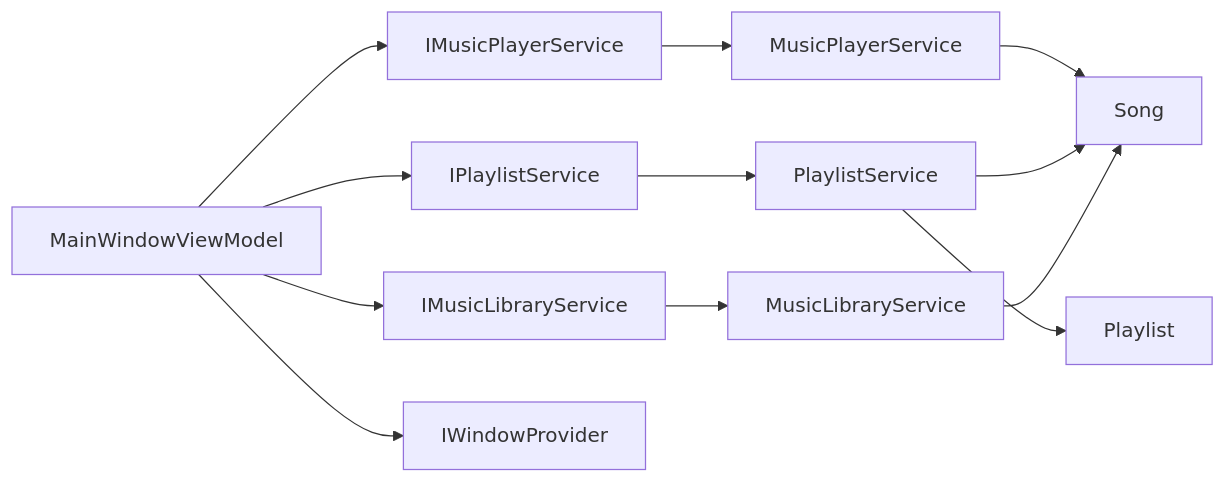
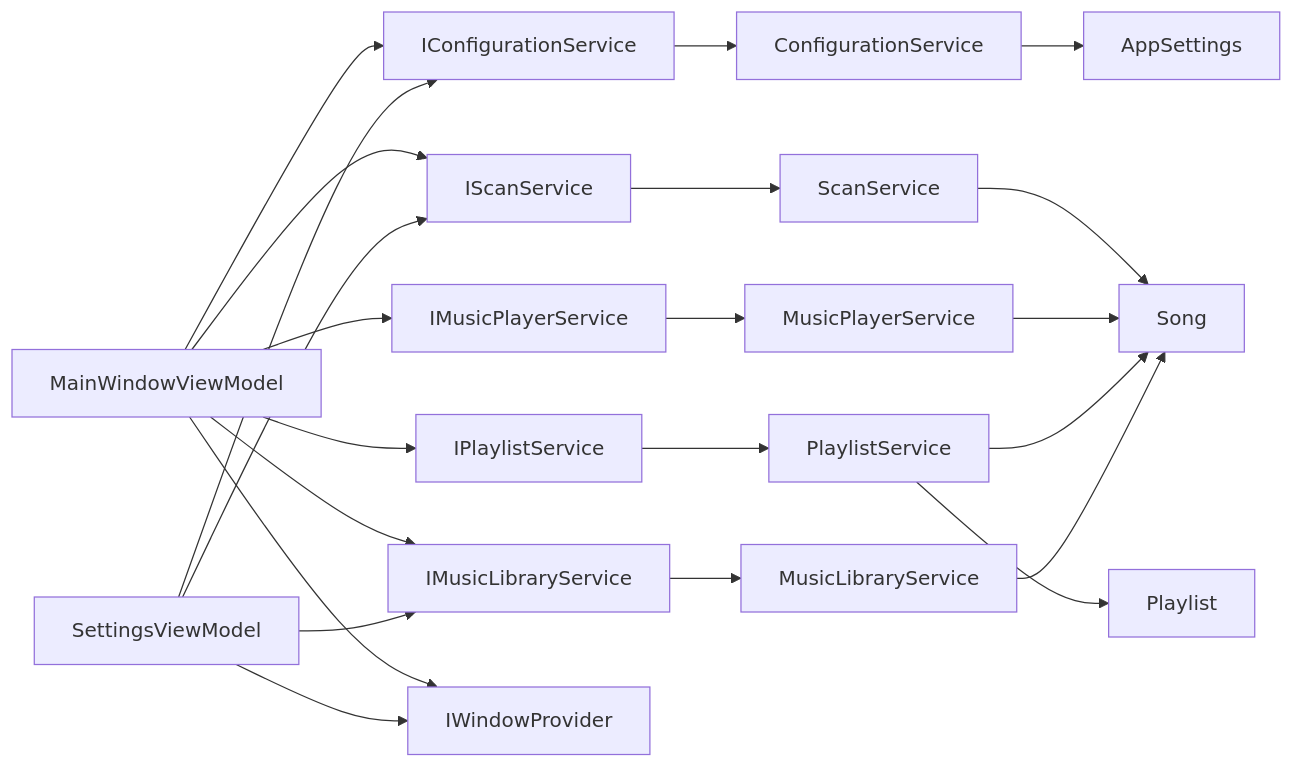
The sixth of 6 diagrams in .qoder/repowiki/zh/content/架构设计/架构设计.md (mariamjensen42-glitch/LocalMusicPlayer), drawn with Mermaid before and after one commit. The commit also changed other lines of this file and 14 other files, not shown here.

````diff
--- a/.qoder/repowiki/zh/content/架构设计/架构设计.md
+++ b/.qoder/repowiki/zh/content/架构设计/架构设计.md
@@ -355,14 +449,24 @@
 ```mermaid
 graph LR
-VM["MainWindowViewModel"] --> IF_Player["IMusicPlayerService"]
-VM --> IF_Playlist["IPlaylistService"]
-VM --> IF_Library["IMusicLibraryService"]
-VM --> IF_Window["IWindowProvider"]
+VM_Main["MainWindowViewModel"] --> IF_Config["IConfigurationService"]
+VM_Main --> IF_Scan["IScanService"]
+VM_Main --> IF_Player["IMusicPlayerService"]
+VM_Main --> IF_Playlist["IPlaylistService"]
+VM_Main --> IF_Library["IMusicLibraryService"]
+VM_Main --> IF_Window["IWindowProvider"]
+VM_Settings["SettingsViewModel"] --> IF_Config
+VM_Settings --> IF_Scan
+VM_Settings --> IF_Library
+VM_Settings --> IF_Window
+IF_Config --> Impl_Config["ConfigurationService"]
+IF_Scan --> Impl_Scan["ScanService"]
 IF_Player --> Impl_Player["MusicPlayerService"]
 IF_Playlist --> Impl_Playlist["PlaylistService"]
 IF_Library --> Impl_Library["MusicLibraryService"]
-Impl_Player --> Model_Song["Song"]
+Impl_Config --> Model_AppSettings["AppSettings"]
+Impl_Scan --> Model_Song["Song"]
+Impl_Player --> Model_Song
 Impl_Playlist --> Model_Playlist["Playlist"]
 Impl_Playlist --> Model_Song
 Impl_Library --> Model_Song
 ```
````
